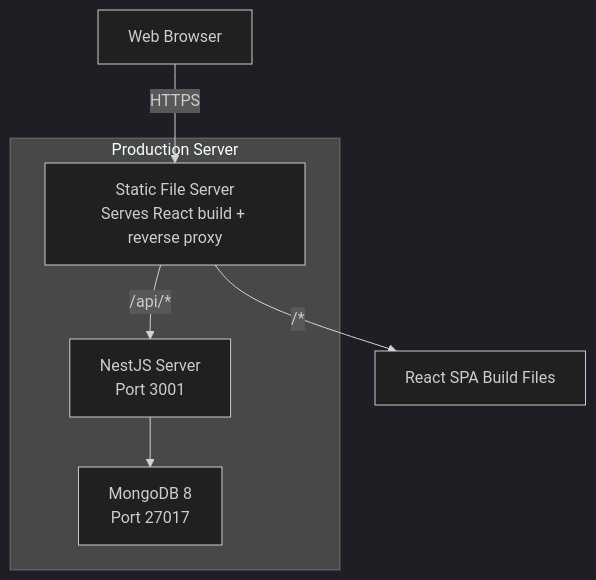
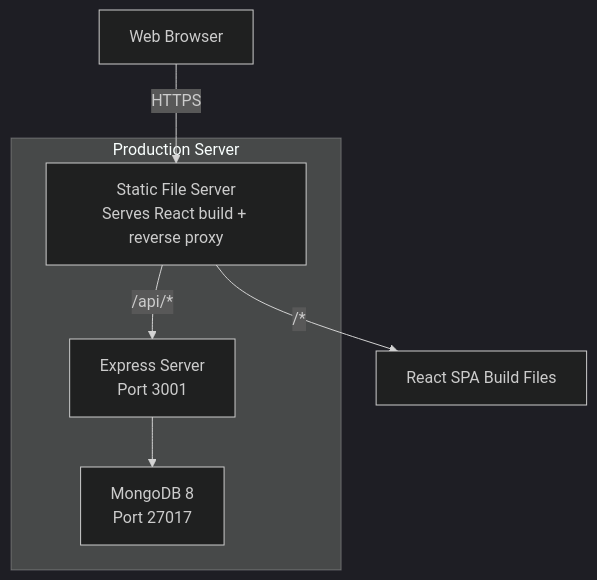
One commit to nghiaxh/hr-management changed diagram 26 of 30 in docs/SDD.md. Above: the diagram before and after it, drawn with Mermaid (dark theme). The commit also changed other lines of this file and 4 other files, not shown here.

````diff
--- a/docs/SDD.md
+++ b/docs/SDD.md
@@ -1403,13 +1382,13 @@
 ```mermaid
 graph TB
     subgraph "Production Server"
         MONGODB[MongoDB 8<br/>Port 27017]
-        SERVER[NestJS Server<br/>Port 3001]
+        SERVER[Express Server<br/>Port 3001]
         NGINX[Static File Server<br/>Serves React build + reverse proxy]
     end
 
     BROWSER[Web Browser] -->|HTTPS| NGINX
     NGINX -->|/api/*| SERVER
     NGINX -->|/*| REACT_BUILD[React SPA Build Files]
     SERVER --> MONGODB
 ```
````
